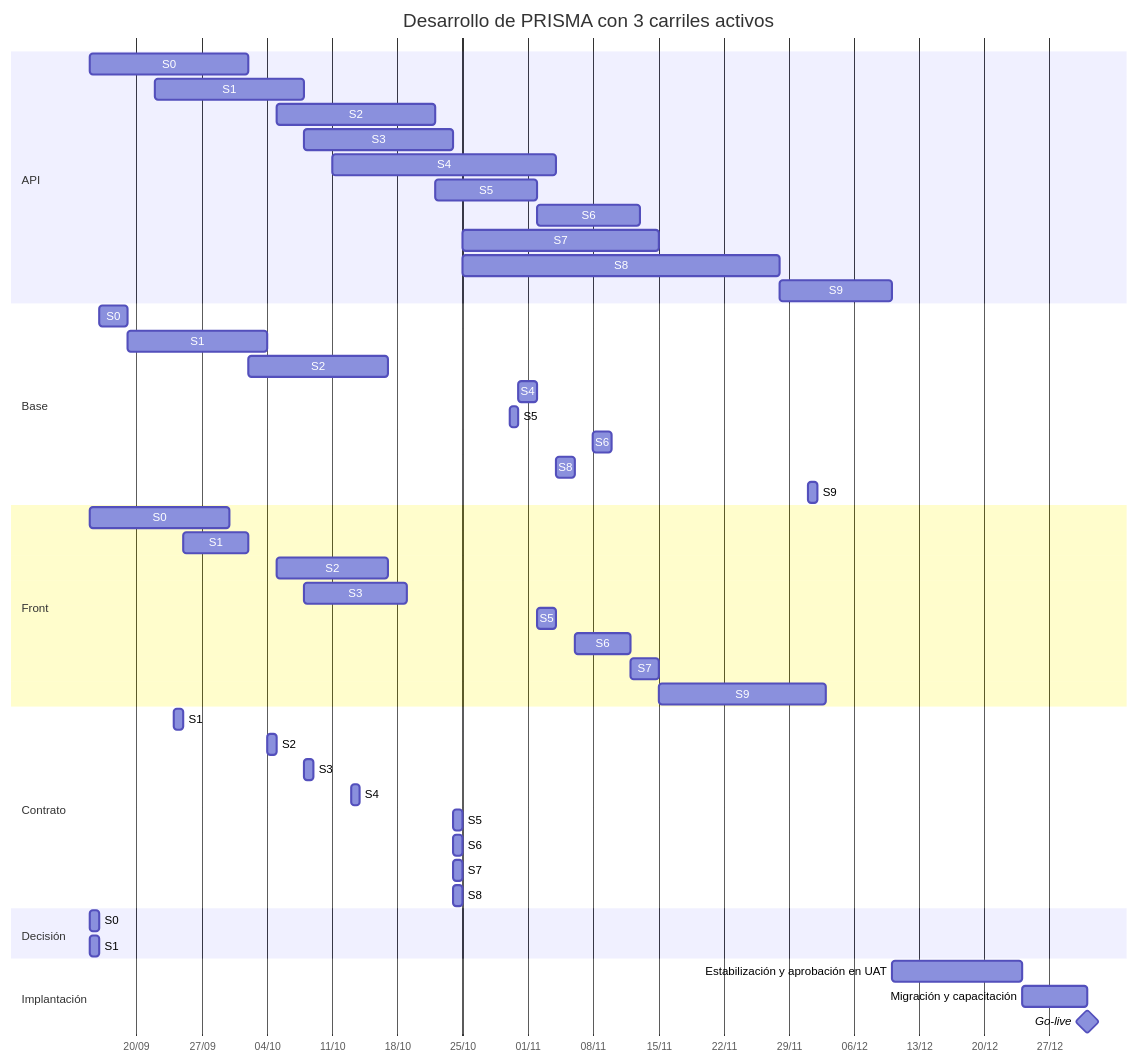
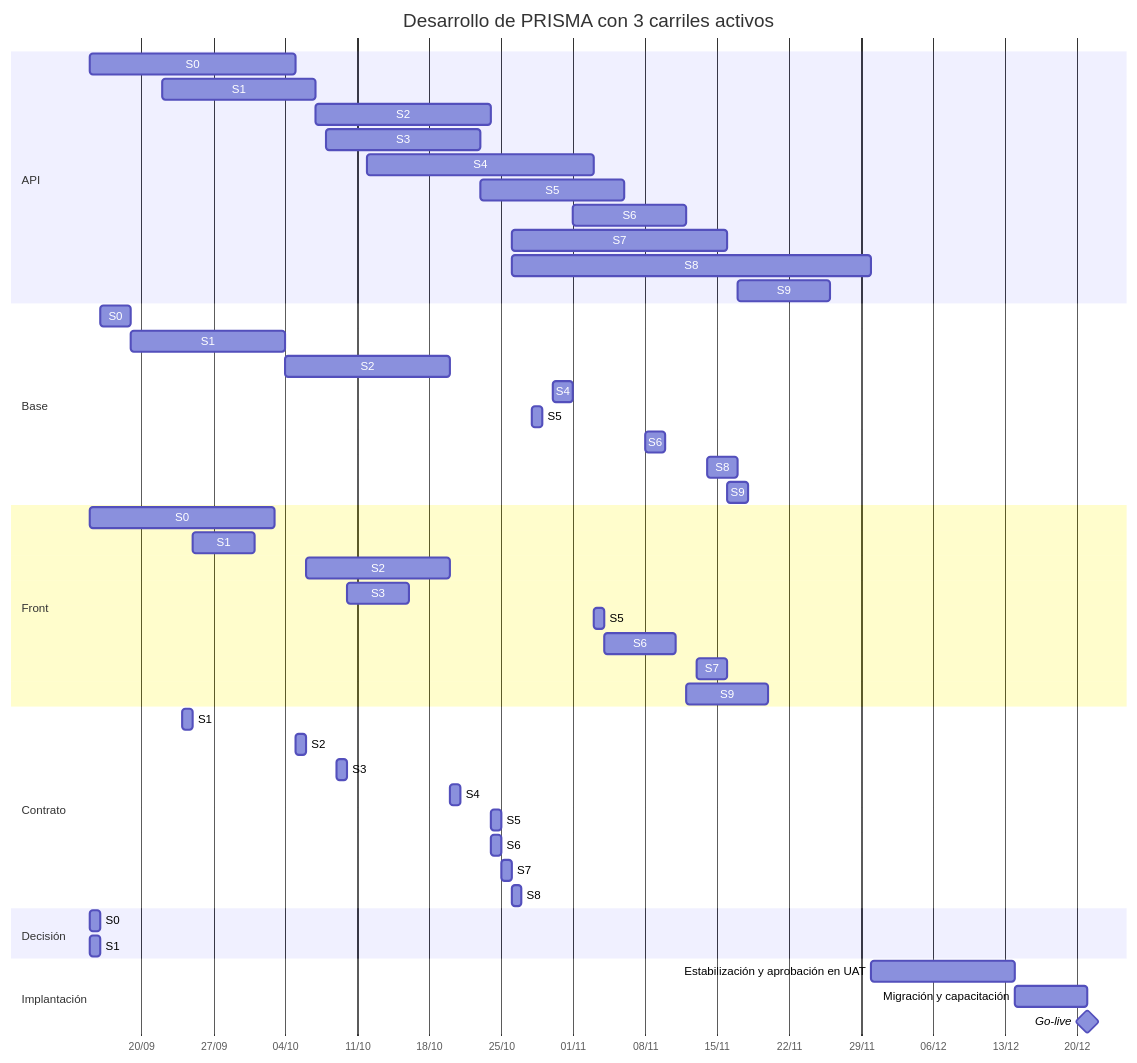
The first of 2 diagrams in docs/08-plan-de-desarrollo.md (Juanchope039/Finanzas-PRISMA), drawn with Mermaid before and after one commit. The commit also changed other lines of this file and 15 other files, not shown here.

````diff
--- a/docs/08-plan-de-desarrollo.md
+++ b/docs/08-plan-de-desarrollo.md
@@ -172,57 +172,57 @@
 ```mermaid
 gantt
     title Desarrollo de PRISMA con 3 carriles activos
     dateFormat YYYY-MM-DD
     axisFormat %d/%m
 
     section API
-    S0 :api0, 2026-09-15, 2026-10-02
-    S1 :api1, 2026-09-22, 2026-10-08
-    S2 :api2, 2026-10-05, 2026-10-22
-    S3 :api3, 2026-10-08, 2026-10-24
-    S4 :api4, 2026-10-11, 2026-11-04
-    S5 :api5, 2026-10-22, 2026-11-02
-    S6 :api6, 2026-11-02, 2026-11-13
-    S7 :api7, 2026-10-25, 2026-11-15
-    S8 :api8, 2026-10-25, 2026-11-28
-    S9 :api9, 2026-11-28, 2026-12-10
+    S0 :api0, 2026-09-15, 2026-10-05
+    S1 :api1, 2026-09-22, 2026-10-07
+    S2 :api2, 2026-10-07, 2026-10-24
+    S3 :api3, 2026-10-08, 2026-10-23
+    S4 :api4, 2026-10-12, 2026-11-03
+    S5 :api5, 2026-10-23, 2026-11-06
+    S6 :api6, 2026-11-01, 2026-11-12
+    S7 :api7, 2026-10-26, 2026-11-16
+    S8 :api8, 2026-10-26, 2026-11-30
+    S9 :api9, 2026-11-17, 2026-11-26
 
     section Base
     S0 :base0, 2026-09-16, 2026-09-19
     S1 :base1, 2026-09-19, 2026-10-04
-    S2 :base2, 2026-10-02, 2026-10-17
-    S4 :base4, 2026-10-31, 2026-11-02
-    S5 :base5, 2026-10-30, 2026-10-31
+    S2 :base2, 2026-10-04, 2026-10-20
+    S4 :base4, 2026-10-30, 2026-11-01
+    S5 :base5, 2026-10-28, 2026-10-29
     S6 :base6, 2026-11-08, 2026-11-10
-    S8 :base8, 2026-11-04, 2026-11-06
-    S9 :base9, 2026-12-01, 2026-12-02
+    S8 :base8, 2026-11-14, 2026-11-17
+    S9 :base9, 2026-11-16, 2026-11-18
 
     section Front
-    S0 :front0, 2026-09-15, 2026-09-30
-    S1 :front1, 2026-09-25, 2026-10-02
-    S2 :front2, 2026-10-05, 2026-10-17
-    S3 :front3, 2026-10-08, 2026-10-19
-    S5 :front5, 2026-11-02, 2026-11-04
-    S6 :front6, 2026-11-06, 2026-11-12
-    S7 :front7, 2026-11-12, 2026-11-15
-    S9 :front9, 2026-11-15, 2026-12-03
+    S0 :front0, 2026-09-15, 2026-10-03
+    S1 :front1, 2026-09-25, 2026-10-01
+    S2 :front2, 2026-10-06, 2026-10-20
+    S3 :front3, 2026-10-10, 2026-10-16
+    S5 :front5, 2026-11-03, 2026-11-04
+    S6 :front6, 2026-11-04, 2026-11-11
+    S7 :front7, 2026-11-13, 2026-11-16
+    S9 :front9, 2026-11-12, 2026-11-20
 
     section Contrato
     S1 :contrato1, 2026-09-24, 2026-09-25
-    S2 :contrato2, 2026-10-04, 2026-10-05
-    S3 :contrato3, 2026-10-08, 2026-10-09
-    S4 :contrato4, 2026-10-13, 2026-10-14
+    S2 :contrato2, 2026-10-05, 2026-10-06
+    S3 :contrato3, 2026-10-09, 2026-10-10
+    S4 :contrato4, 2026-10-20, 2026-10-21
     S5 :contrato5, 2026-10-24, 2026-10-25
     S6 :contrato6, 2026-10-24, 2026-10-25
-    S7 :contrato7, 2026-10-24, 2026-10-25
-    S8 :contrato8, 2026-10-24, 2026-10-25
+    S7 :contrato7, 2026-10-25, 2026-10-26
+    S8 :contrato8, 2026-10-26, 2026-10-27
 
     section Decisión
     S0 :decisin0, 2026-09-15, 2026-09-16
     S1 :decisin1, 2026-09-15, 2026-09-16
 
     section Implantación
-    Estabilización y aprobación en UAT :est, 2026-12-10, 2026-12-24
-    Migración y capacitación :mig, 2026-12-24, 2026-12-31
-    Go-live :milestone, 2026-12-31, 0d
+    Estabilización y aprobación en UAT :est, 2026-11-30, 2026-12-14
+    Migración y capacitación :mig, 2026-12-14, 2026-12-21
+    Go-live :milestone, 2026-12-21, 0d
 ```
````
